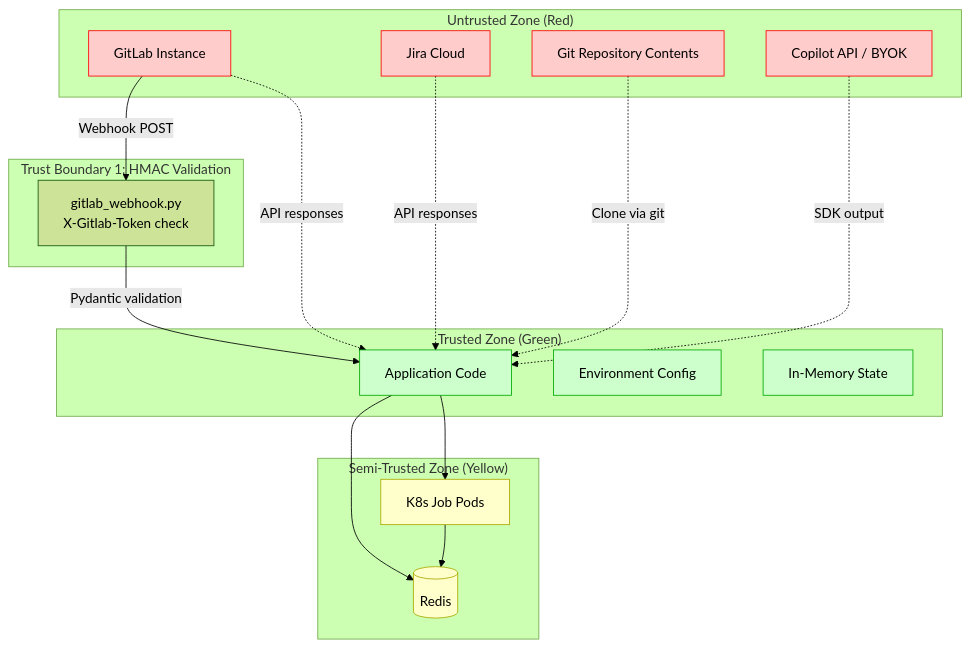
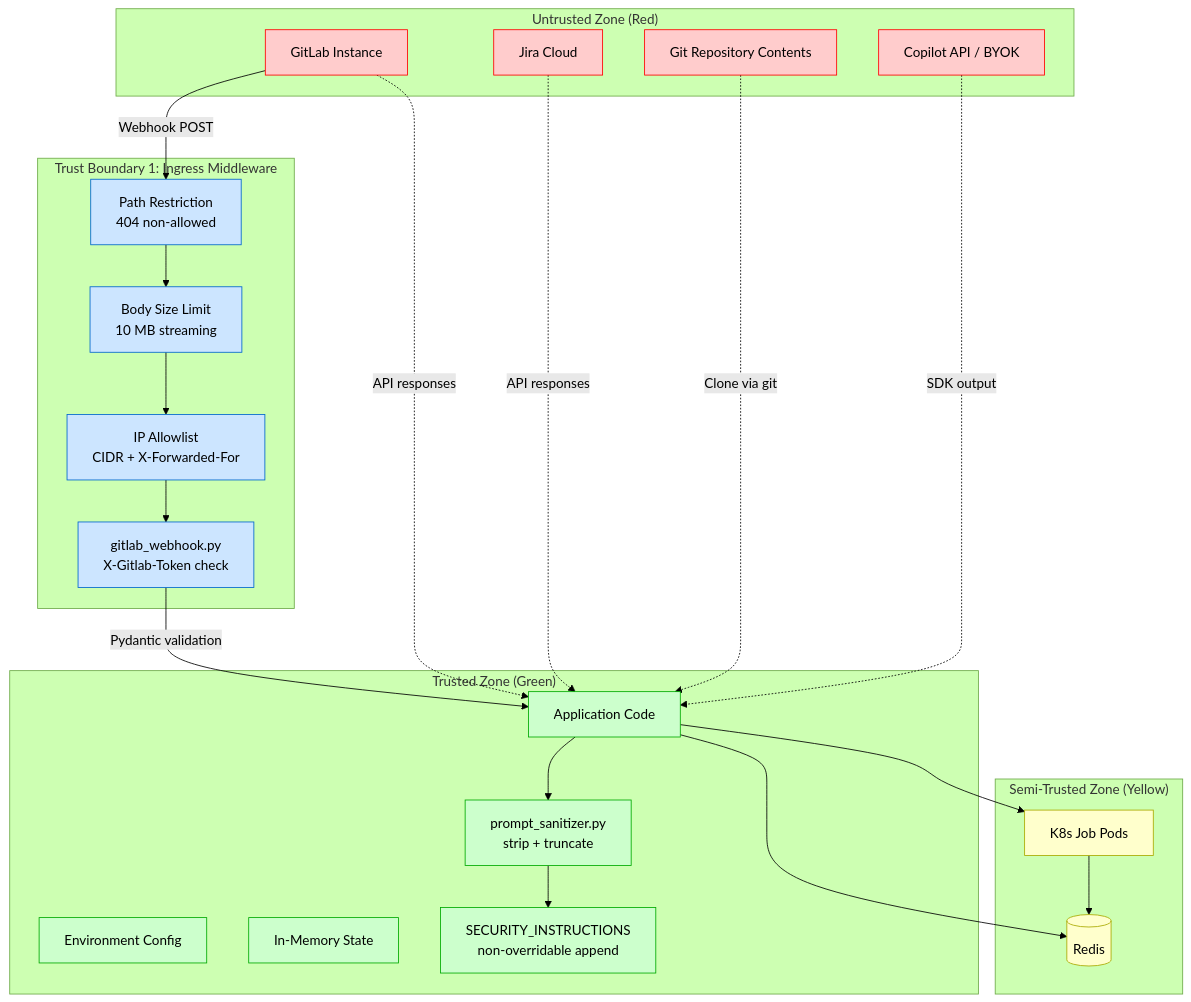
One commit to peteroden/gitlab-copilot-agent changed the diagram in docs/wiki/security-model.md. Above: the diagram before and after it, drawn with Mermaid (forest theme). The commit also changed other lines of this file and 35 other files, not shown here.

````diff
--- a/docs/wiki/security-model.md
+++ b/docs/wiki/security-model.md
@@ -9,42 +9,54 @@
 ```mermaid
 graph TB
     subgraph "Untrusted Zone (Red)"
         GL[GitLab Instance]
         JIRA[Jira Cloud]
         REPO[Git Repository Contents]
         COPAPI[Copilot API / BYOK]
     end
     
-    subgraph "Trust Boundary 1: HMAC Validation"
+    subgraph "Trust Boundary 1: Ingress Middleware"
+        PATH_MW[Path Restriction<br/>404 non-allowed]
+        BODY_MW[Body Size Limit<br/>10 MB streaming]
+        IP_MW[IP Allowlist<br/>CIDR + X-Forwarded-For]
         WH[gitlab_webhook.py<br/>X-Gitlab-Token check]
     end
     
     subgraph "Trusted Zone (Green)"
         APP[Application Code]
         SETTINGS[Environment Config]
         MEMORY[In-Memory State]
+        SANITIZER[prompt_sanitizer.py<br/>strip + truncate]
+        SEC_INST[SECURITY_INSTRUCTIONS<br/>non-overridable append]
     end
     
     subgraph "Semi-Trusted Zone (Yellow)"
         REDIS[(Redis)]
         K8SJOB[K8s Job Pods]
     end
     
-    GL -->|Webhook POST| WH
+    GL -->|Webhook POST| PATH_MW
+    PATH_MW --> BODY_MW
+    BODY_MW --> IP_MW
+    IP_MW --> WH
     WH -->|Pydantic validation| APP
     GL -.->|API responses| APP
     JIRA -.->|API responses| APP
     REPO -.->|Clone via git| APP
     COPAPI -.->|SDK output| APP
     
+    APP --> SANITIZER
+    SANITIZER --> SEC_INST
     APP --> REDIS
     APP --> K8SJOB
     K8SJOB --> REDIS
     
     classDef untrusted fill:#ffcccc,stroke:#ff0000
     classDef trusted fill:#ccffcc,stroke:#00aa00
     classDef semi fill:#ffffcc,stroke:#aaaa00
+    classDef boundary fill:#cce5ff,stroke:#0066cc
     class GL,JIRA,REPO,COPAPI untrusted
-    class APP,SETTINGS,MEMORY trusted
+    class APP,SETTINGS,MEMORY,SANITIZER,SEC_INST trusted
     class REDIS,K8SJOB semi
+    class PATH_MW,BODY_MW,IP_MW,WH boundary
 ```
````
